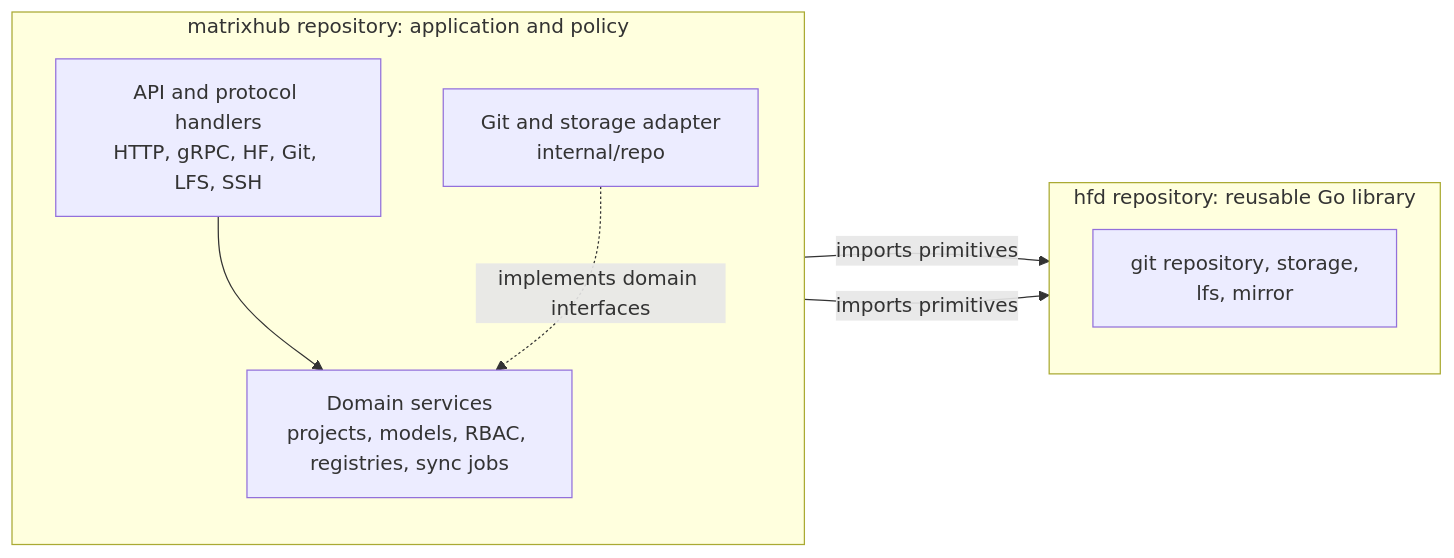
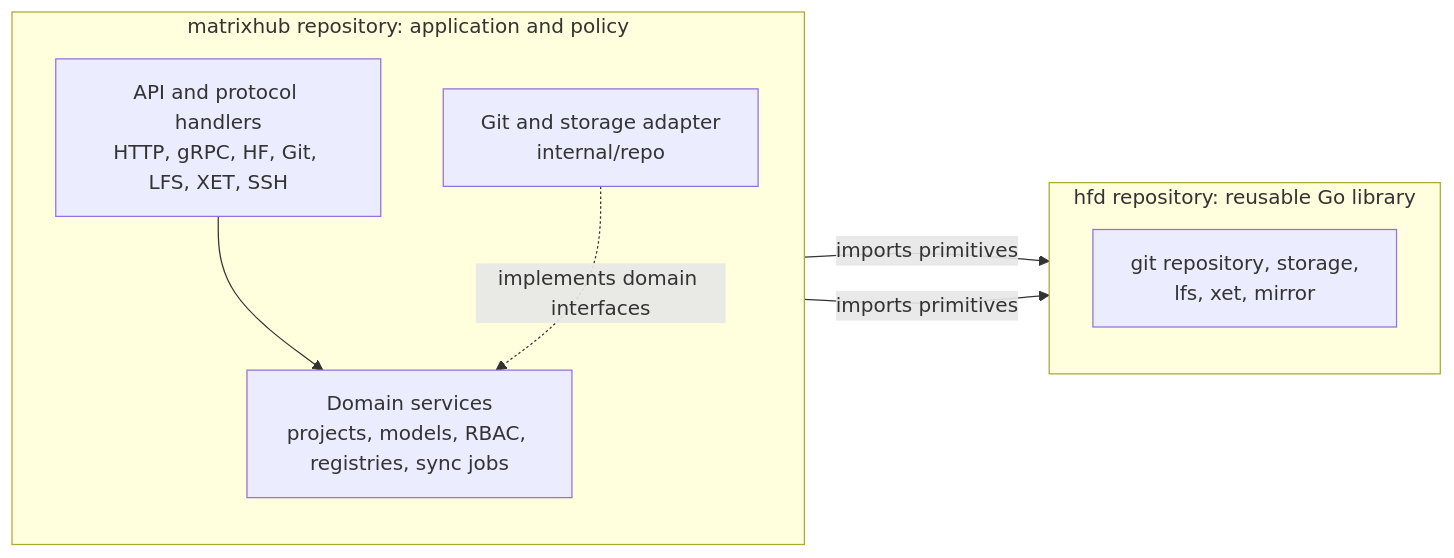
One commit to matrixhub-ai/matrixhub changed the diagram in docs/design/matrixhub-hfd-relation-design.md. Above: the diagram before and after it, drawn with Mermaid. The commit also changed other lines of this file and 116 other files, not shown here.

Commit message:
refactor: adopt hfd backends with xet storage and hooks

````diff
--- a/docs/design/matrixhub-hfd-relation-design.md
+++ b/docs/design/matrixhub-hfd-relation-design.md
@@ -20,19 +20,19 @@
 ```mermaid
 flowchart LR
   subgraph matrixhub["matrixhub repository: application and policy"]
     direction TB
-    entry["API and protocol handlers<br/>HTTP, gRPC, HF, Git, LFS, SSH"]
+    entry["API and protocol handlers<br/>HTTP, gRPC, HF, Git, LFS, XET, SSH"]
     domain["Domain services<br/>projects, models, RBAC, registries, sync jobs"]
     adapter["Git and storage adapter<br/>internal/repo"]
     entry --> domain
     adapter -.->|implements domain interfaces| domain
   end
 
   subgraph hfd["hfd repository: reusable Go library"]
     direction TB
-    gitdata["git repository, storage,<br/>lfs, mirror"]
+    gitdata["git repository, storage,<br/>lfs, xet, mirror"]
   end
 
   entry -->|imports primitives| gitdata
   adapter -->|imports primitives| gitdata
 ```
````
